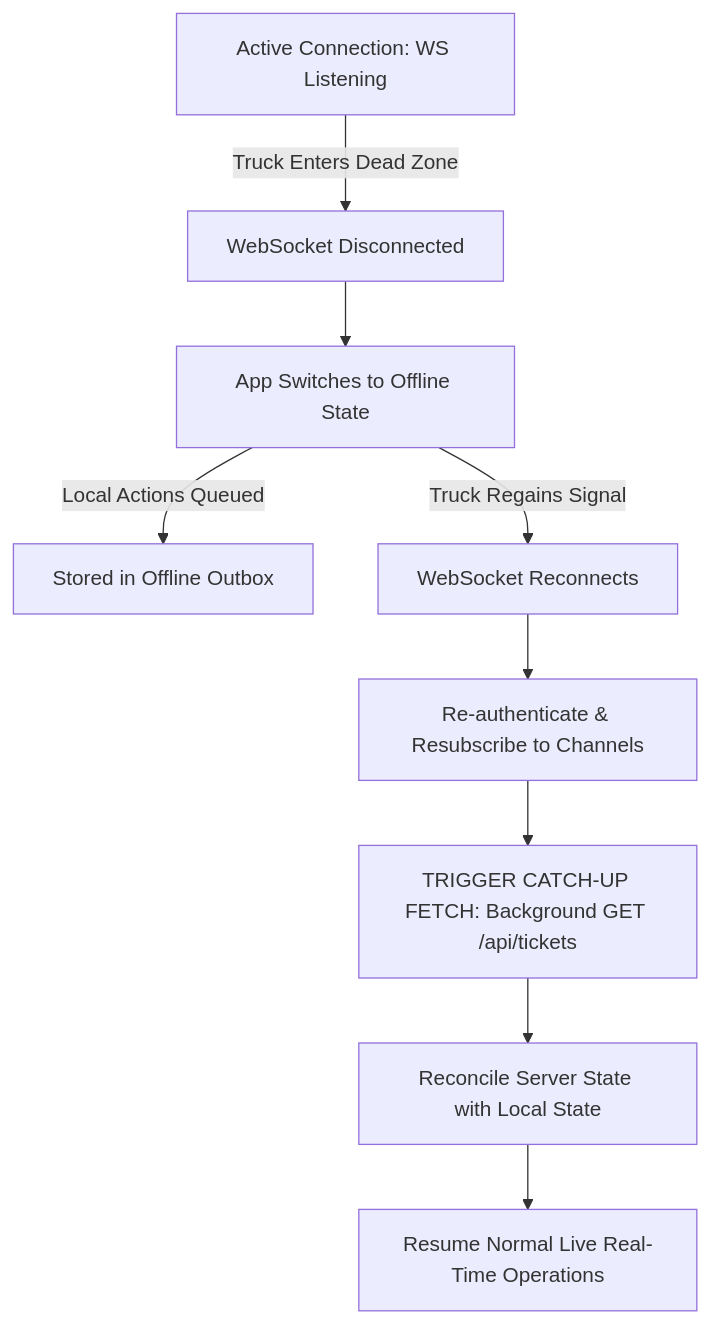
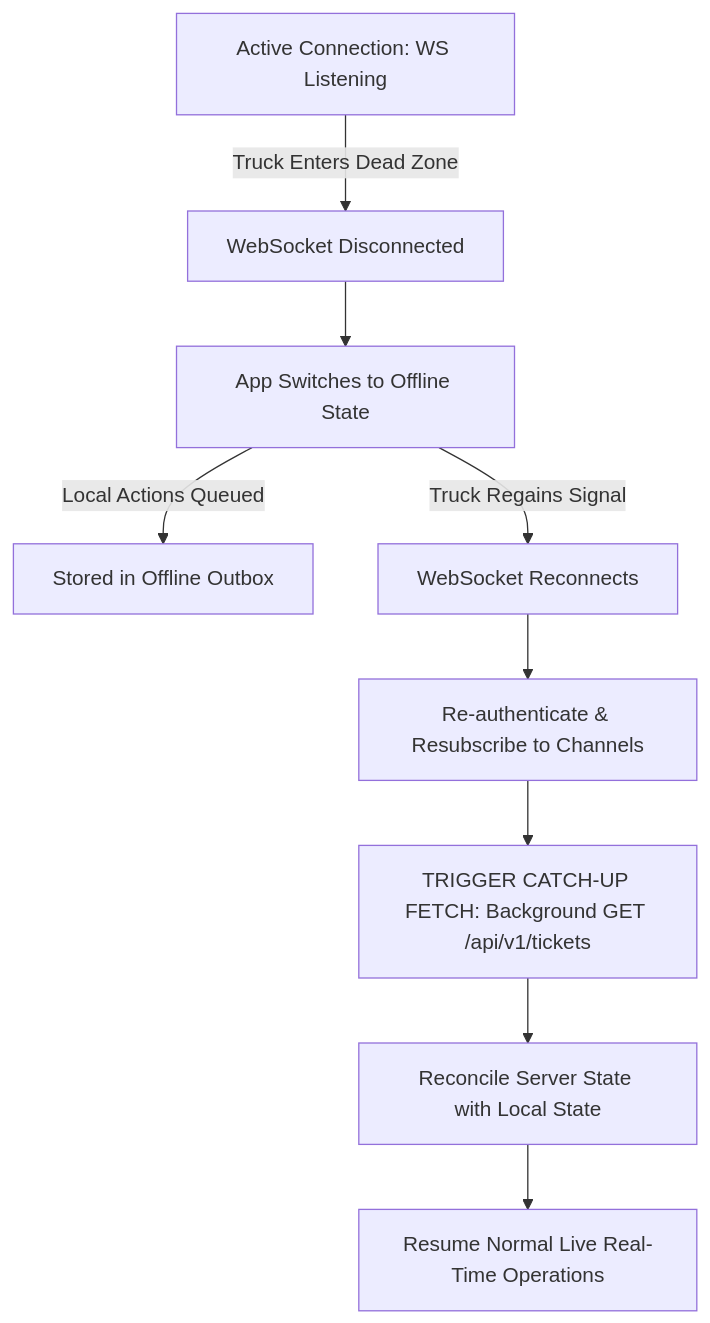
The second of 2 diagrams in docs/dev/FLUTTER_REALTIME_WEBSOCKET_SPECIFICATION.md (FernandezCorporate/-NEW-CRM-PALECO), drawn with Mermaid before and after one commit. The commit also changed other lines of this file and 14 other files, not shown here.

````diff
--- a/docs/dev/FLUTTER_REALTIME_WEBSOCKET_SPECIFICATION.md
+++ b/docs/dev/FLUTTER_REALTIME_WEBSOCKET_SPECIFICATION.md
@@ -296,11 +296,11 @@
 ```mermaid
 flowchart TD
     A[Active Connection: WS Listening] -->|Truck Enters Dead Zone| B[WebSocket Disconnected]
     B --> C[App Switches to Offline State]
     C -->|Local Actions Queued| D[Stored in Offline Outbox]
     C -->|Truck Regains Signal| E[WebSocket Reconnects]
     E --> F[Re-authenticate & Resubscribe to Channels]
-    F --> G[TRIGGER CATCH-UP FETCH: Background GET /api/tickets]
+    F --> G[TRIGGER CATCH-UP FETCH: Background GET /api/v1/tickets]
     G --> H[Reconcile Server State with Local State]
     H --> I[Resume Normal Live Real-Time Operations]
 ```
````
